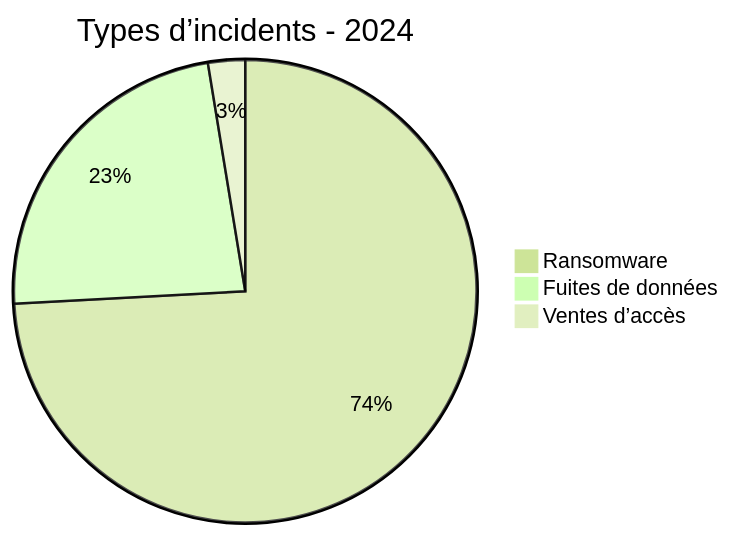
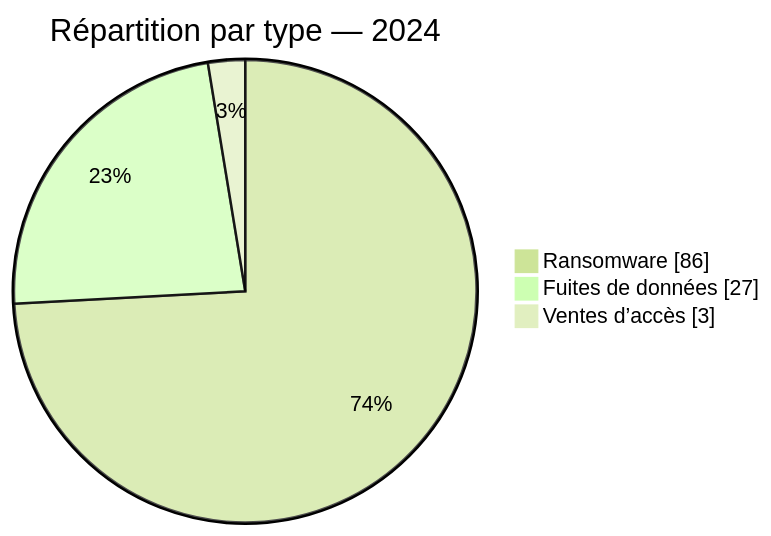
Before and after one commit to Hatchepsoute/AFRINTEL: the second of 3 diagrams in CyberAttackAfrica/2024/README_FR.md, drawn with Mermaid (forest theme). The commit also changed other lines of this file and 109 other files, not shown here.

````diff
--- a/CyberAttackAfrica/2024/README_FR.md
+++ b/CyberAttackAfrica/2024/README_FR.md
@@ -82,7 +66,7 @@
 ```mermaid
-pie
-    title Types d’incidents - 2024
+pie showData
+    title Répartition par type — 2024
     "Ransomware" : 86
     "Fuites de données" : 27
     "Ventes d’accès" : 3
 ```
````
